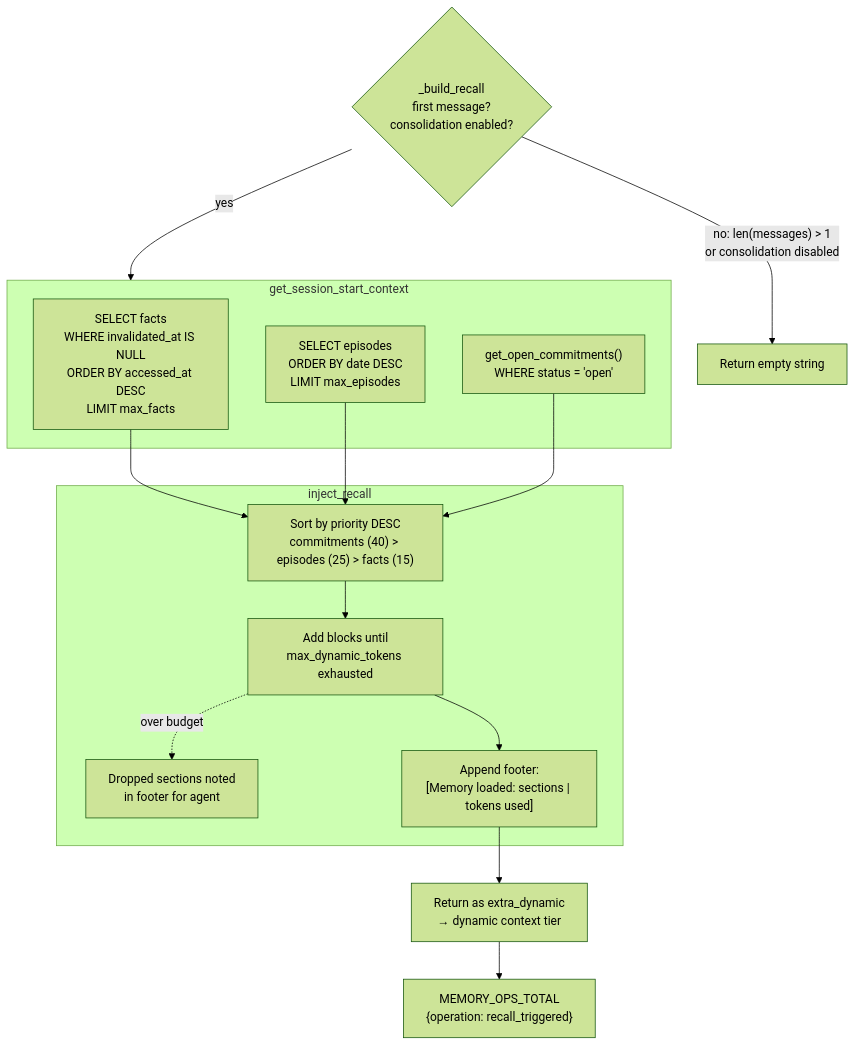
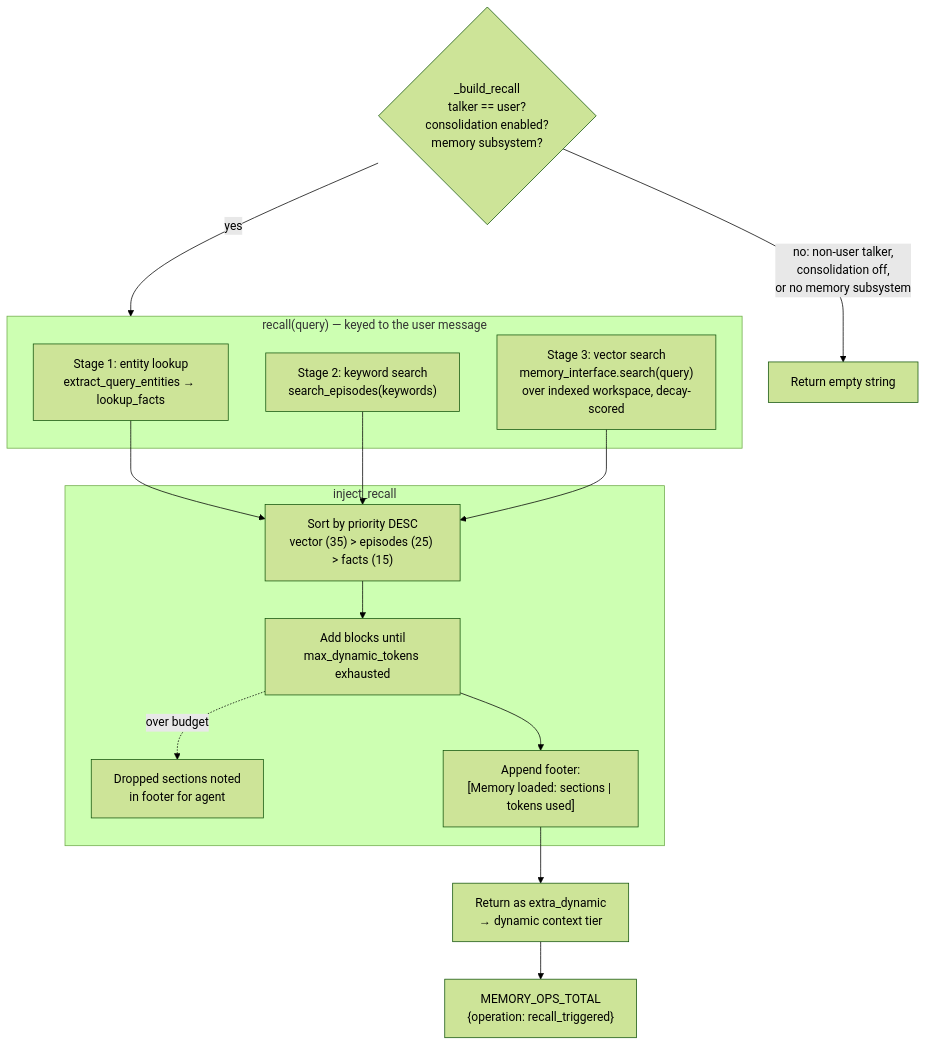
The fourth of 10 diagrams in docs/diagrams.md (nicolasforstinger/lucyd), drawn with Mermaid (forest theme) before and after one commit. The commit also changed other lines of this file and 65 other files, not shown here.

````diff
--- a/docs/diagrams.md
+++ b/docs/diagrams.md
@@ -283,30 +276,30 @@
 ```mermaid
 flowchart TD
-    GUARD{"_build_recall<br/>first message?<br/>consolidation enabled?"}
+    GUARD{"_build_recall<br/>talker == user?<br/>consolidation enabled?<br/>memory subsystem?"}
     SKIP["Return empty string"]
 
-    subgraph Query["get_session_start_context"]
-        FACTS["SELECT facts<br/>WHERE invalidated_at IS NULL<br/>ORDER BY accessed_at DESC<br/>LIMIT max_facts"]
-        EPISODES["SELECT episodes<br/>ORDER BY date DESC<br/>LIMIT max_episodes"]
-        COMMITS["get_open_commitments()<br/>WHERE status = 'open'"]
+    subgraph Query["recall(query) — keyed to the user message"]
+        FACTS["Stage 1: entity lookup<br/>extract_query_entities → lookup_facts"]
+        EPISODES["Stage 2: keyword search<br/>search_episodes(keywords)"]
+        VECTOR["Stage 3: vector search<br/>memory_interface.search(query)<br/>over indexed workspace, decay-scored"]
     end
 
     subgraph Budget["inject_recall"]
-        SORT["Sort by priority DESC<br/>commitments (40) > episodes (25) > facts (15)"]
+        SORT["Sort by priority DESC<br/>vector (35) > episodes (25) > facts (15)"]
         ITER["Add blocks until<br/>max_dynamic_tokens exhausted"]
         DROP["Dropped sections noted<br/>in footer for agent"]
         FOOTER["Append footer:<br/>[Memory loaded: sections | tokens used]"]
     end
 
     OUTPUT["Return as extra_dynamic<br/>→ dynamic context tier"]
     METRIC["MEMORY_OPS_TOTAL<br/>{operation: recall_triggered}"]
 
-    GUARD -->|"no: len(messages) > 1<br/>or consolidation disabled"| SKIP
+    GUARD -->|"no: non-user talker,<br/>consolidation off,<br/>or no memory subsystem"| SKIP
     GUARD -->|yes| Query
     FACTS --> SORT
     EPISODES --> SORT
-    COMMITS --> SORT
+    VECTOR --> SORT
     SORT --> ITER --> FOOTER --> OUTPUT
     ITER -.->|over budget| DROP
     OUTPUT --> METRIC
 ```
````
